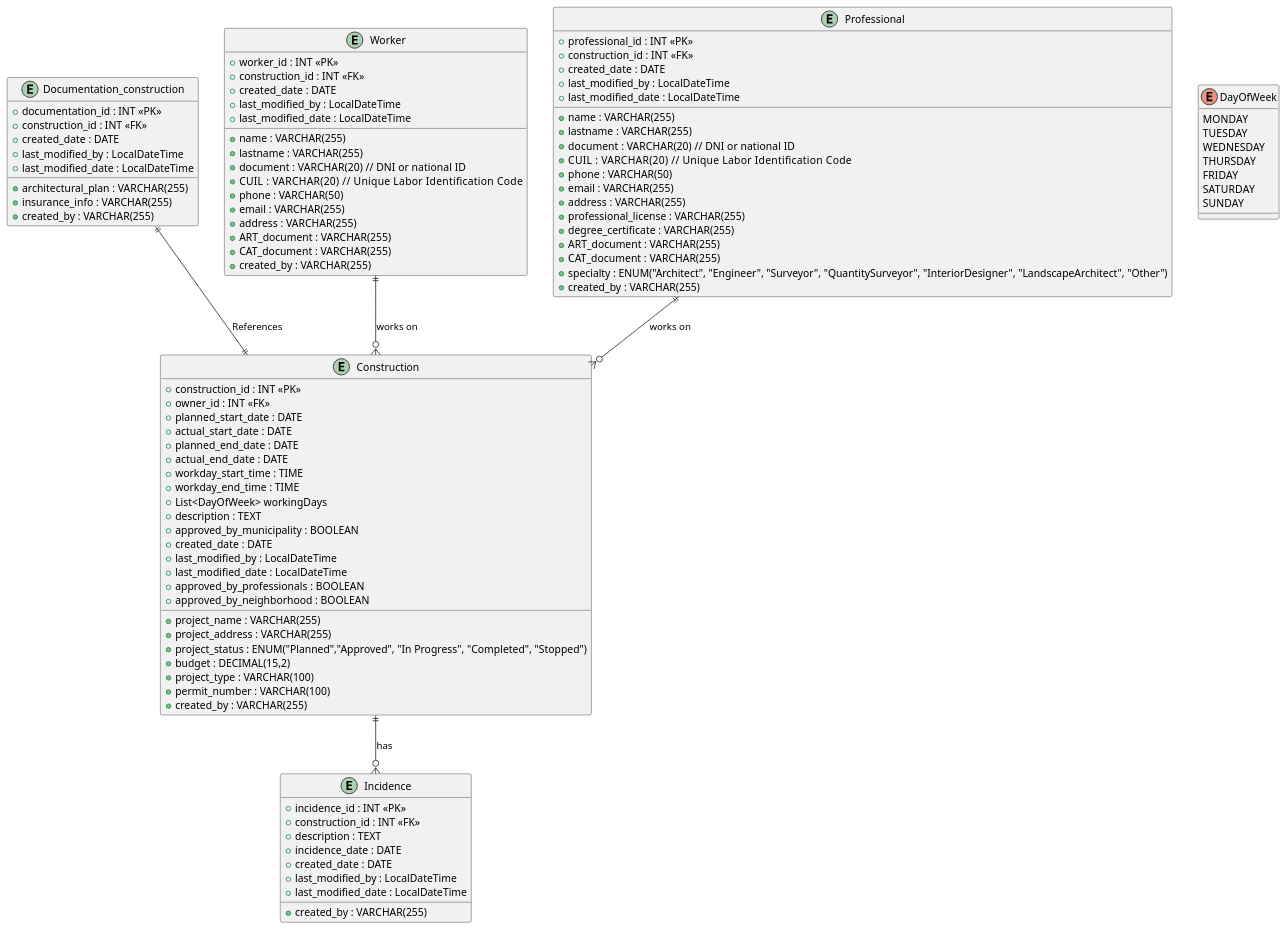
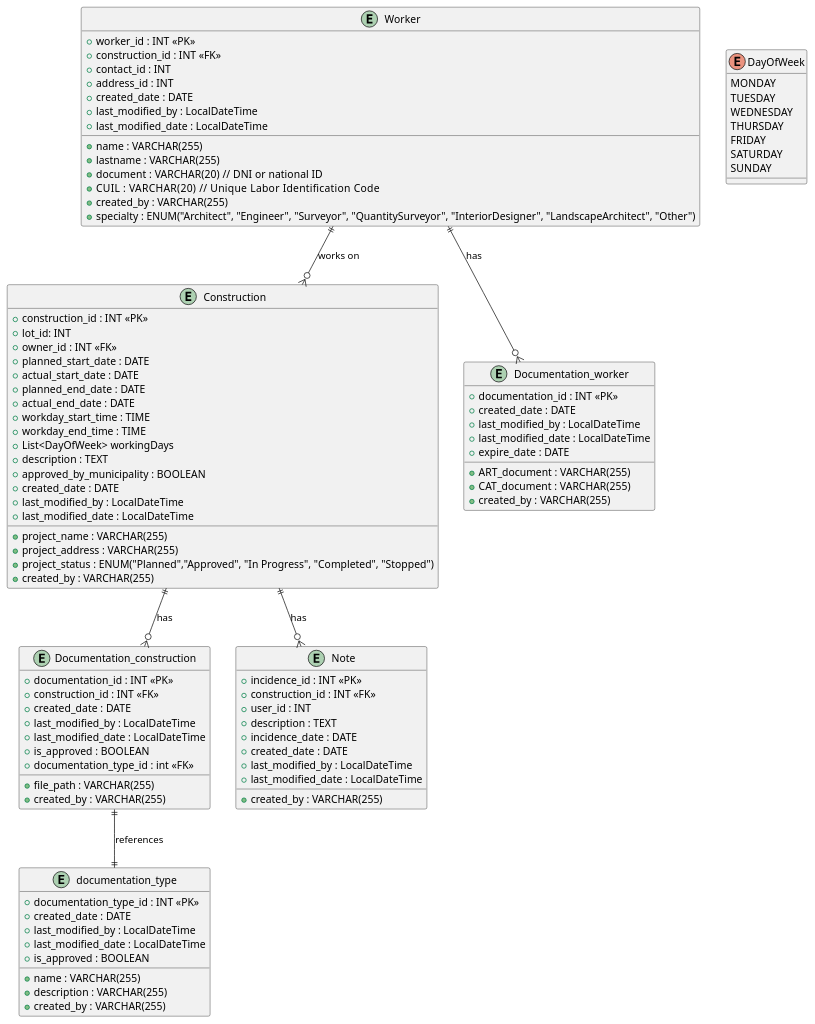
The diagram in docs/app_doc/diagrams/entities/entities.puml (406021-GAUFFIN/public-constructions), drawn with PlantUML before and after one commit.

Commit message:
updated PUML diagram

```diff
--- a/docs/app_doc/diagrams/entities/entities.puml
+++ b/docs/app_doc/diagrams/entities/entities.puml
@@ -1,105 +1,108 @@
 @startuml
 
 entity "Construction" as construction {
   + construction_id : INT <<PK>>
   + project_name : VARCHAR(255)
   + project_address : VARCHAR(255)
+  + lot_id: INT
   + owner_id : INT <<FK>>
   + planned_start_date : DATE
   + actual_start_date : DATE
   + planned_end_date : DATE
   + actual_end_date : DATE
   + project_status : ENUM("Planned","Approved", "In Progress", "Completed", "Stopped")
   + workday_start_time : TIME
   + workday_end_time : TIME
   + List<DayOfWeek> workingDays
-  + budget : DECIMAL(15,2)
   + description : TEXT
-  + project_type : VARCHAR(100)
-  + permit_number : VARCHAR(100)
   + approved_by_municipality : BOOLEAN
   + created_by : VARCHAR(255)
   + created_date : DATE
   + last_modified_by : LocalDateTime
   + last_modified_date : LocalDateTime
-  + approved_by_professionals : BOOLEAN
-  + approved_by_neighborhood : BOOLEAN
 }
 
 entity "Documentation_construction" as documentation {
   + documentation_id : INT <<PK>>
   + construction_id : INT <<FK>>
-  + architectural_plan : VARCHAR(255)
-  + insurance_info : VARCHAR(255)
+  + file_path : VARCHAR(255)
   + created_by : VARCHAR(255)
   + created_date : DATE
   + last_modified_by : LocalDateTime
   + last_modified_date : LocalDateTime
+  + is_approved : BOOLEAN
+  + documentation_type_id : int <<FK>>
+}
+
+entity "documentation_type" as documentation_type {
+  + documentation_type_id : INT <<PK>>
+  + name : VARCHAR(255)
+  + description : VARCHAR(255)
+  + created_by : VARCHAR(255)
+  + created_date : DATE
+  + last_modified_by : LocalDateTime
+  + last_modified_date : LocalDateTime
+  + is_approved : BOOLEAN
+
+}
+
+
+
+entity "Documentation_worker" as documentation_worker {
+  + documentation_id : INT <<PK>>
+  + ART_document : VARCHAR(255)
+  + CAT_document : VARCHAR(255)
+  + created_by : VARCHAR(255)
+  + created_date : DATE
+  + last_modified_by : LocalDateTime
+  + last_modified_date : LocalDateTime
+  + expire_date : DATE
 }
 
 entity "Worker" as worker {
   + worker_id : INT <<PK>>
   + construction_id : INT <<FK>>
   + name : VARCHAR(255)
   + lastname : VARCHAR(255)
   + document : VARCHAR(20)  // DNI or national ID
   + CUIL : VARCHAR(20)      // Unique Labor Identification Code
-  + phone : VARCHAR(50)
-  + email : VARCHAR(255)
-  + address : VARCHAR(255)
-  + ART_document : VARCHAR(255)
-  + CAT_document : VARCHAR(255)
+  + contact_id : INT
+  + address_id : INT
   + created_by : VARCHAR(255)
   + created_date : DATE
   + last_modified_by : LocalDateTime
   + last_modified_date : LocalDateTime
+  + specialty : ENUM("Architect", "Engineer", "Surveyor", "QuantitySurveyor", "InteriorDesigner", "LandscapeArchitect", "Other")
 }
 
-entity "Professional" as professional {
-  + professional_id : INT <<PK>>
-  + construction_id : INT <<FK>>
-  + name : VARCHAR(255)
-  + lastname : VARCHAR(255)
-  + document : VARCHAR(20)  // DNI or national ID
-  + CUIL : VARCHAR(20)      // Unique Labor Identification Code
-  + phone : VARCHAR(50)
-  + email : VARCHAR(255)
-  + address : VARCHAR(255)
-  + professional_license : VARCHAR(255)
-  + degree_certificate : VARCHAR(255)
-  + ART_document : VARCHAR(255)
-  + CAT_document : VARCHAR(255)
-  + specialty : ENUM("Architect", "Engineer", "Surveyor", "QuantitySurveyor", "InteriorDesigner", "LandscapeArchitect", "Other")
-  + created_by : VARCHAR(255)
-  + created_date : DATE
-  + last_modified_by : LocalDateTime
-  + last_modified_date : LocalDateTime
-}
+
 
 enum DayOfWeek {
   MONDAY
   TUESDAY
   WEDNESDAY
   THURSDAY
   FRIDAY
   SATURDAY
   SUNDAY
 }
 
-entity "Incidence" as incidence {
+entity "Note" as Note {
   + incidence_id : INT <<PK>>
   + construction_id : INT <<FK>>
+  + user_id : INT
   + description : TEXT
   + incidence_date : DATE
   + created_by : VARCHAR(255)
   + created_date : DATE
   + last_modified_by : LocalDateTime
   + last_modified_date : LocalDateTime
 }
+worker ||--o{ documentation_worker : "has"
+construction ||--o{ Note : "has"
+construction ||--o{ documentation : "has"
+worker ||--o{ construction : "works on"
+documentation ||--|| documentation_type : "references"
 
-construction ||--o{ incidence : "has"
-documentation ||--|| construction : "References"
-worker ||--o{ construction : "works on"
-professional ||--o{ construction : "works on"
 
 @enduml
```
